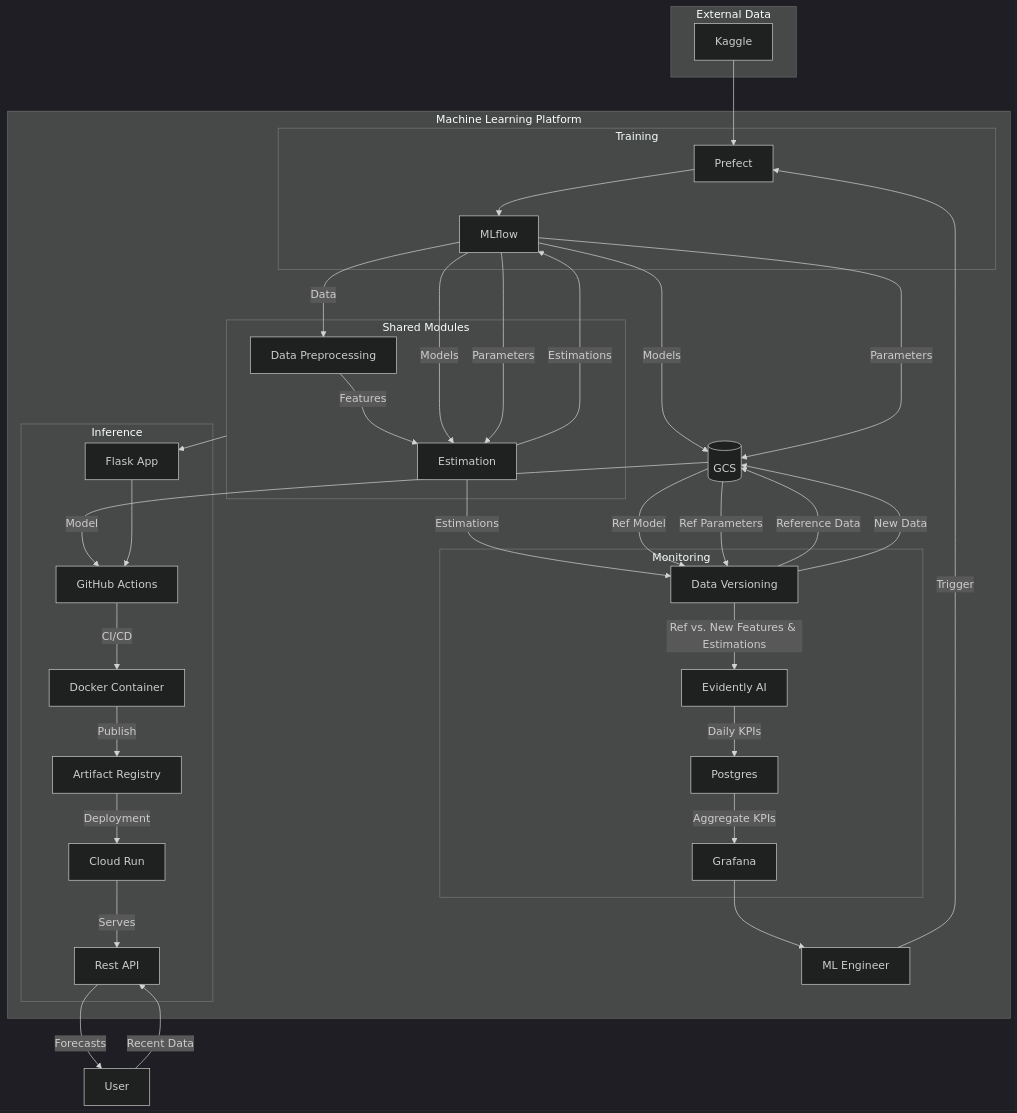
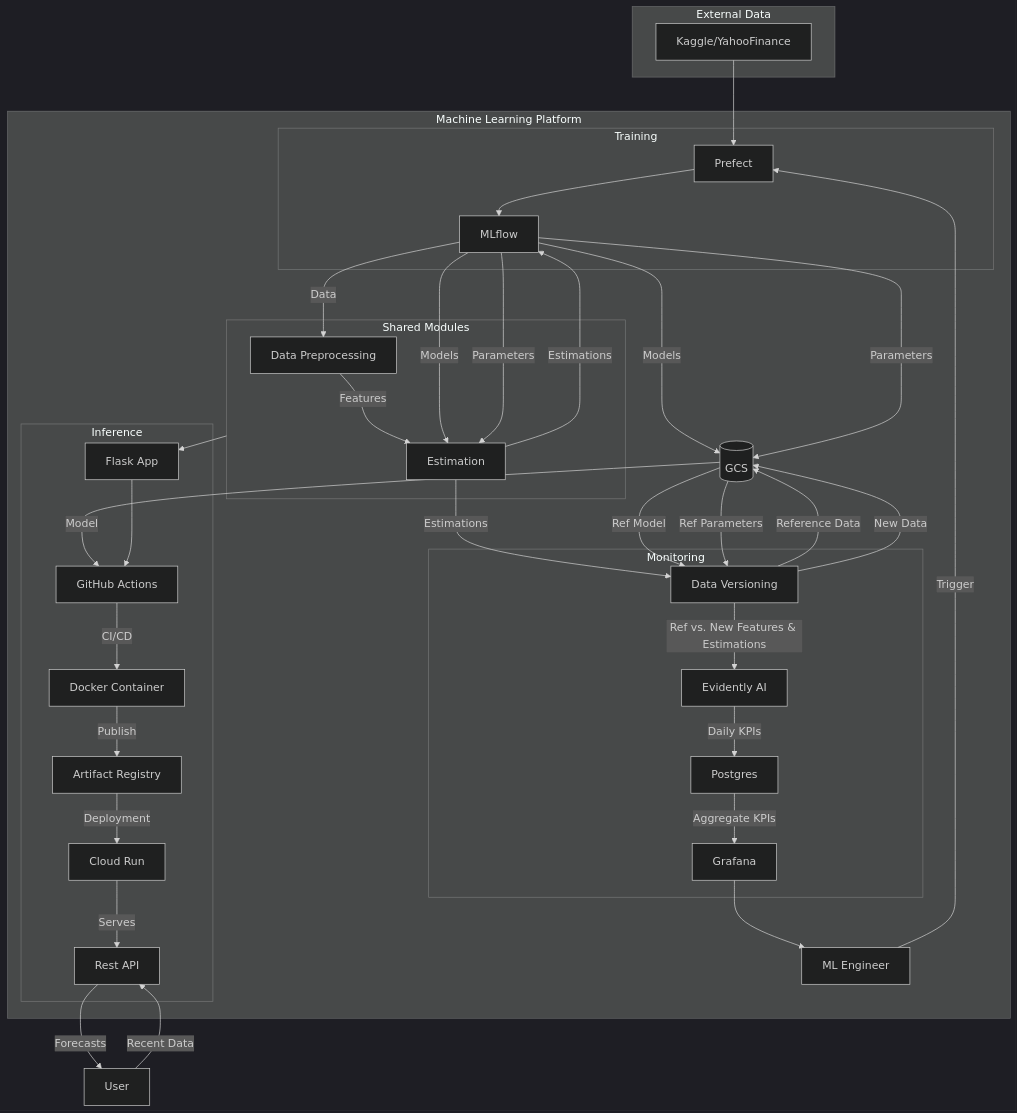
One commit to OnurKerimoglu/stocks_forecasting_live changed the diagram in README.md. Above: the diagram before and after it, drawn with Mermaid. The commit also changed other lines of this file, not shown here.

Commit message:
Readme: mention YahooFinance as a potential source for raw data

````diff
--- a/README.md
+++ b/README.md
@@ -44,68 +44,68 @@
 ```mermaid
 ---
 config:
   layout: dagre
   look: classic
   theme: dark
 ---
  flowchart TB
  subgraph Ext["External Data"]
-        DSource["Kaggle"]
+        DSource["Kaggle/YahooFinance"]
   end
  subgraph Shared["Shared Modules"]
         DataPP["Data Preprocessing"]
         Predictor["Estimation"]
   end
  subgraph Training["Training"]
         Pr["Prefect"]
         Mlf["MLflow"]
   end
  subgraph Serving["Inference"]
         GHA["GitHub Actions"]
         Flask["Flask App"]
         AR["Artifact Registry"]
         CE["Cloud Run"]
         RAPI["Rest API"]
         Container["Docker Container"]
   end
  subgraph Monitoring["Monitoring"]
         DV["Data Versioning"]
         Ev["Evidently AI"]
         Mdashboards["Grafana"]
         DB["Postgres"]
   end
  subgraph MLPl["Machine Learning Platform"]
         MLE["ML Engineer"]
         MlDl[("GCS")]
         Shared
         Training
         Serving
         Monitoring
   end
     DSource --> Pr
     DataPP -- Features --> Predictor
     Predictor -- Estimations --> Mlf
     Predictor-- Estimations --> DV
     Shared --> Flask
     Pr --> Mlf
     Mlf -- Models --> MlDl & Predictor
     Mlf -- Parameters --> MlDl & Predictor
     Mlf -- Data --> DataPP
     MlDl -- Model --> GHA
     Flask --> GHA
     GHA -- CI/CD --> Container
     Container -- Publish --> AR
     AR -- Deployment --> CE
     CE -- Serves --> RAPI
     MlDl -- Ref Model --> DV
     MlDl -- Ref Parameters --> DV
     DV -- Reference Data --> MlDl
     DV -- New Data --> MlDl
     DV -- Ref vs. New Features & Estimations --> Ev
     Ev -- Daily KPIs --> DB
     DB -- Aggregate KPIs --> Mdashboards
     MLE -- Trigger --> Pr
     Mdashboards --> MLE
     User -- Recent Data --> RAPI
     RAPI -- Forecasts --> User
 ```
````
